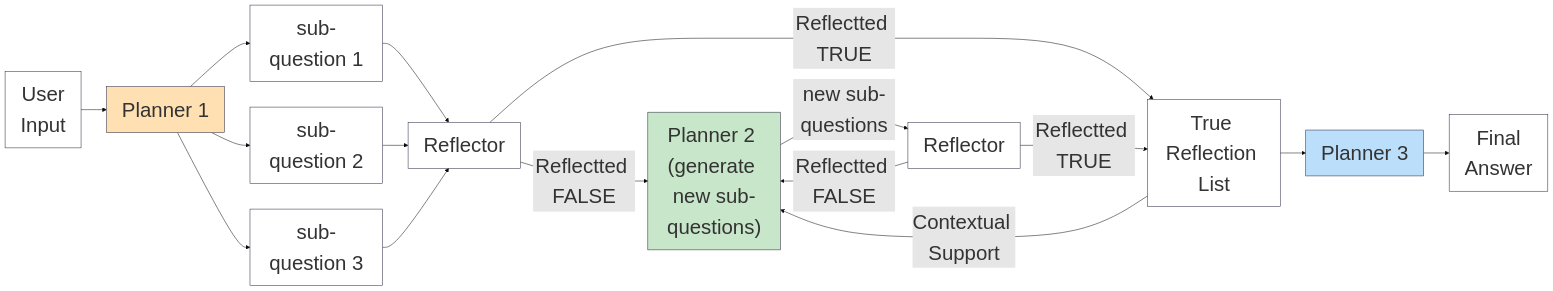
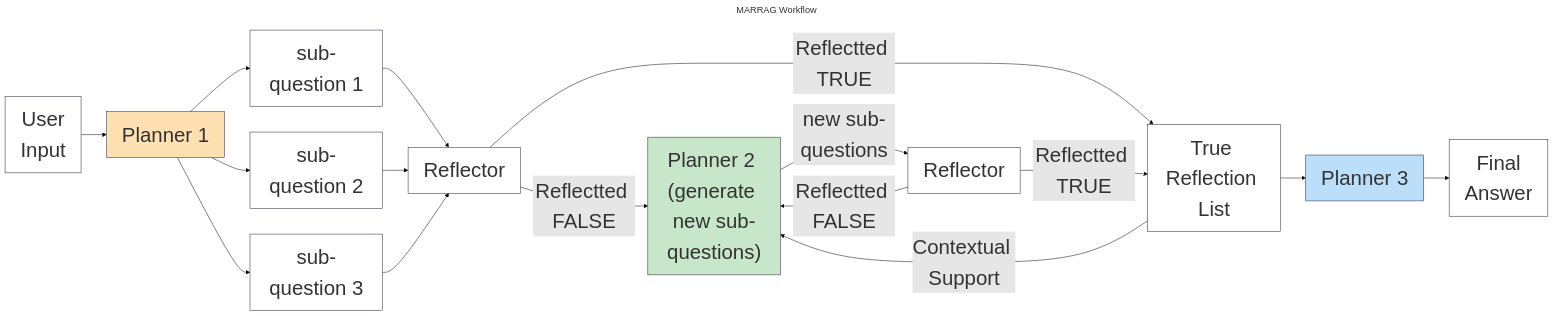
One commit to RustDesert/MARRAG changed the second of 6 diagrams in mermaid/mermaid_workflow_diagram.md. Above: the diagram before and after it, drawn with Mermaid. The commit also changed other lines of this file and 4 other files, not shown here.

Commit message:
update mermaid graphs

````diff
--- a/mermaid/mermaid_workflow_diagram.md
+++ b/mermaid/mermaid_workflow_diagram.md
@@ -31,30 +31,31 @@
 ```mermaid
 ---
+title: MARRAG Workflow
 config:
   theme: base
   themeVariables:
     fontSize: 40px
     primaryColor: '#fff'
     secondaryColor: '#e6e6e6'
     primaryBorderColor: '#28253D'
     secondaryBorderColor: '#000000'
 ---
 flowchart LR
     A["User<br>Input"] --> B["Planner 1"]
     B --> C["sub-question 1"] & D["sub-question 2"] & E["sub-question 3"]
     C --> G["Reflector"]
     D --> G
     E --> G
     G -- Reflectted FALSE --> H["Planner 2 (generate new sub-questions)"]
     G -- Reflectted TRUE --> I["True Reflection List"]
     H -- "new sub-questions" --> J["Reflector"]
     J -- Reflectted TRUE --> I
     I -- Contextual Support --> H
     J -- Reflectted FALSE --> H
     I --> K["Planner 3"]
     K --> L["Final</br>Answer"]
 
     style B fill:#FFE0B2
     style H fill:#C8E6C9
     style K fill:#BBDEFB
 ```
````
